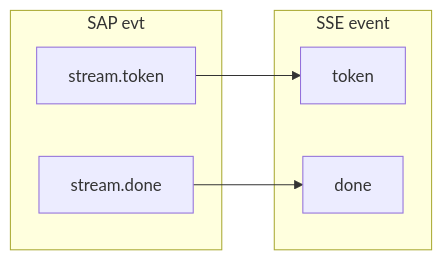
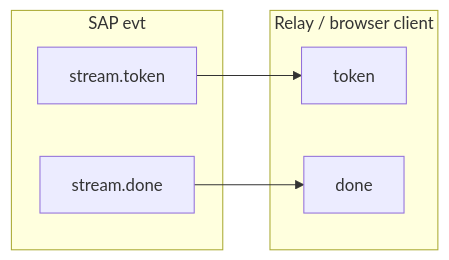
One commit to freeanima-org/freeanima changed the second of 2 diagrams in docs/sap/events.md. Above: the diagram before and after it, drawn with Mermaid. The commit also changed other lines of this file and 24 other files, not shown here.

````diff
--- a/docs/sap/events.md
+++ b/docs/sap/events.md
@@ -53,13 +53,13 @@
 ```mermaid
 flowchart LR
   subgraph sap [SAP evt]
     StreamToken["stream.token"]
     StreamDone["stream.done"]
   end
-  subgraph sse [SSE event]
+  subgraph ui [Relay / browser client]
     TokenEvent["token"]
     DoneEvent["done"]
   end
   StreamToken --> TokenEvent
   StreamDone --> DoneEvent
 ```
````
